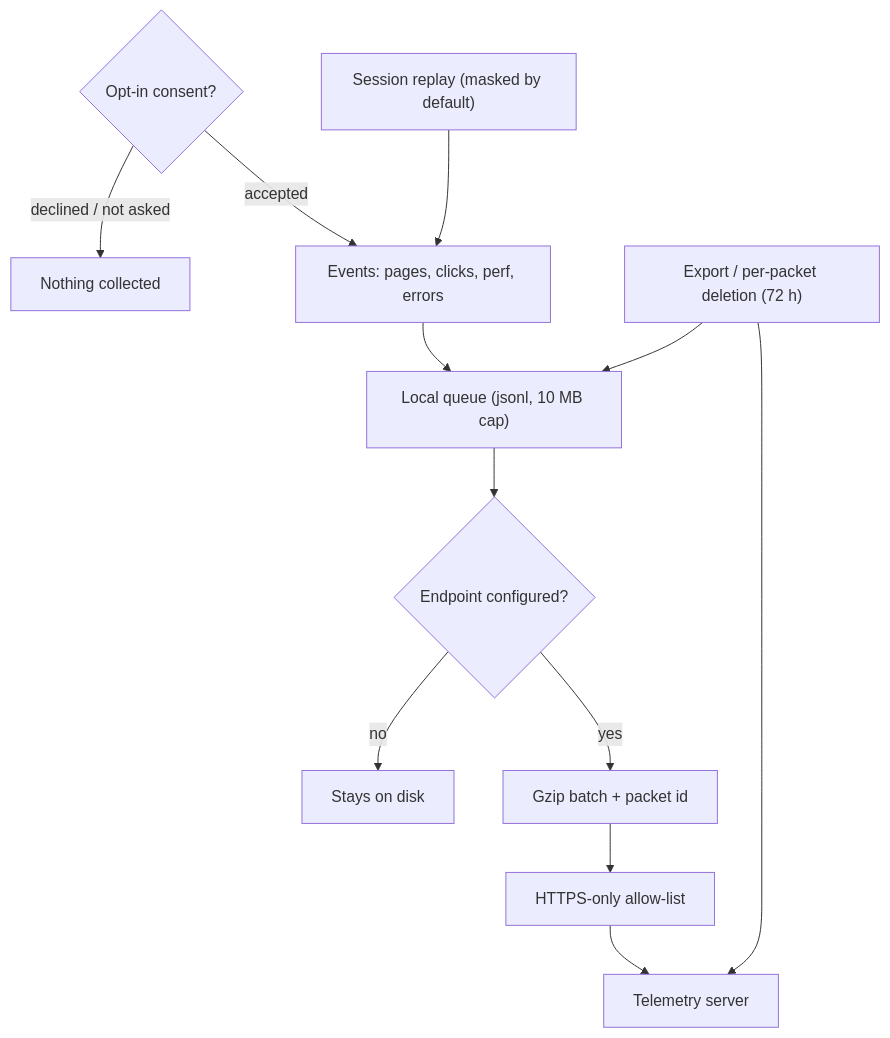
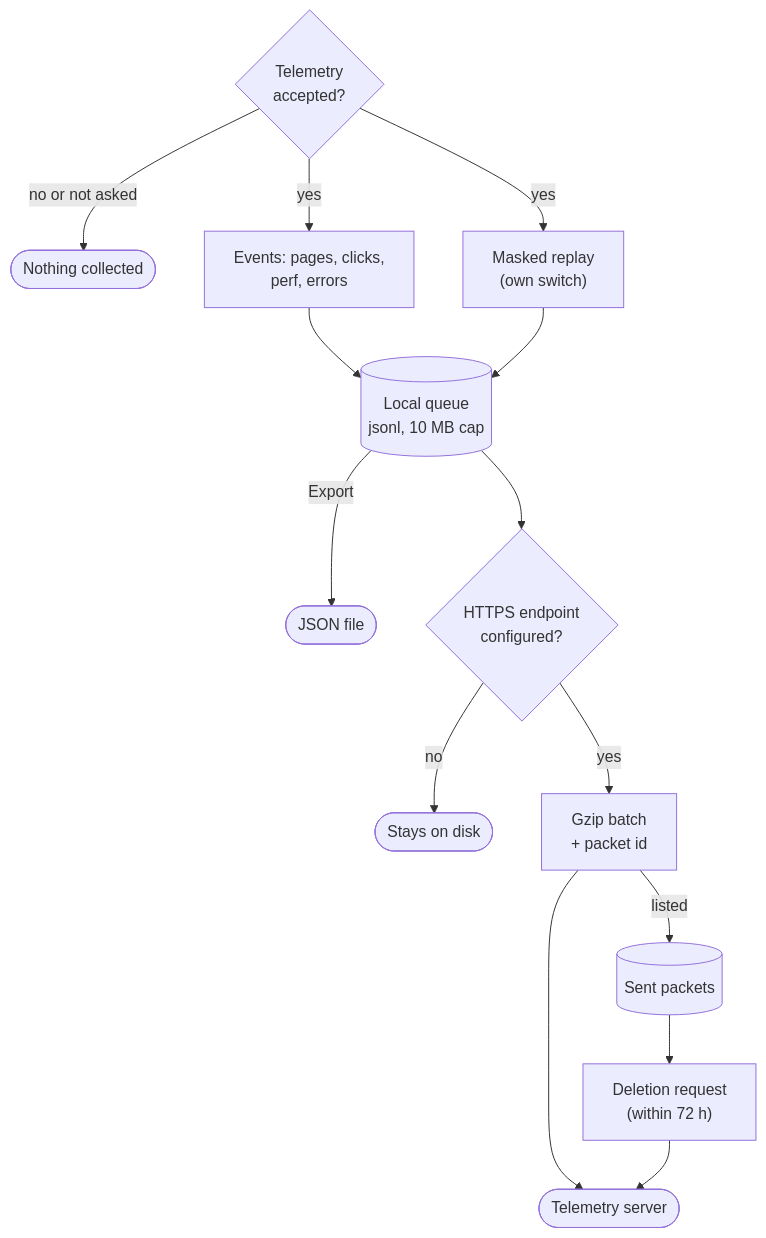
One commit to FreeProject089/BetterModsManager changed the first of 3 diagrams in frontend/assets/docs/en/features/privacy-telemetry.md. Above: the diagram before and after it, drawn with Mermaid. The commit also changed other lines of this file and 176 other files, not shown here.

````diff
--- a/frontend/assets/docs/en/features/privacy-telemetry.md
+++ b/frontend/assets/docs/en/features/privacy-telemetry.md
@@ -19,16 +19,16 @@
 ```mermaid
-graph TD
-    CONSENT{Opt-in consent?} -- "declined / not asked" --> NOTHING["Nothing collected"]
-    CONSENT -- "accepted" --> EVENTS["Events: pages, clicks, perf, errors"]
-    REPLAY["Session replay (masked by default)"] --> EVENTS
-
-    EVENTS --> QUEUE["Local queue (jsonl, 10 MB cap)"]
-    QUEUE --> ENDPOINT{Endpoint configured?}
-    ENDPOINT -- no --> LOCAL["Stays on disk"]
-    ENDPOINT -- yes --> GZIP["Gzip batch + packet id"]
-    GZIP --> ALLOWLIST["HTTPS-only allow-list"]
-    ALLOWLIST --> SERVER["Telemetry server"]
-
-    GDPR["Export / per-packet deletion (72 h)"] --> SERVER
-    GDPR --> QUEUE
+flowchart TD
+    CONSENT{"Telemetry<br/>accepted?"} -- "no or not asked" --> NOTHING(["Nothing collected"])
+    CONSENT -- "yes" --> EVENTS["Events: pages, clicks,<br/>perf, errors"]
+    CONSENT -- "yes" --> REPLAY["Masked replay<br/>(own switch)"]
+    EVENTS --> QUEUE[("Local queue<br/>jsonl, 10 MB cap")]
+    REPLAY --> QUEUE
+    QUEUE -- "Export" --> EXPORT(["JSON file"])
+    QUEUE --> ENDPOINT{"HTTPS endpoint<br/>configured?"}
+    ENDPOINT -- "no" --> LOCAL(["Stays on disk"])
+    ENDPOINT -- "yes" --> GZIP["Gzip batch<br/>+ packet id"]
+    GZIP --> SERVER(["Telemetry server"])
+    GZIP -- "listed" --> SENT[("Sent packets")]
+    SENT --> DEL["Deletion request<br/>(within 72 h)"]
+    DEL --> SERVER
 ```
````
